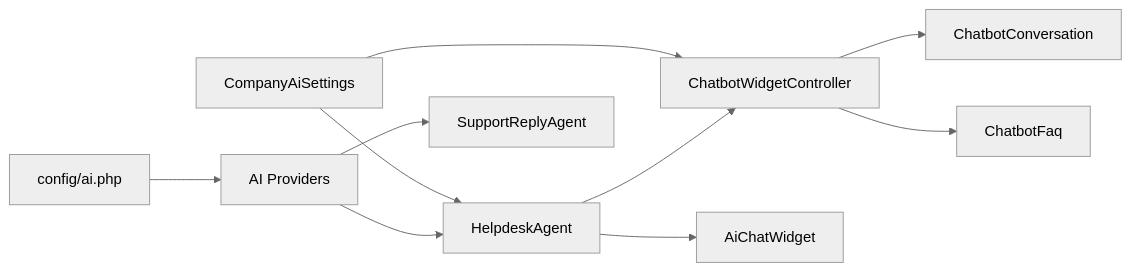
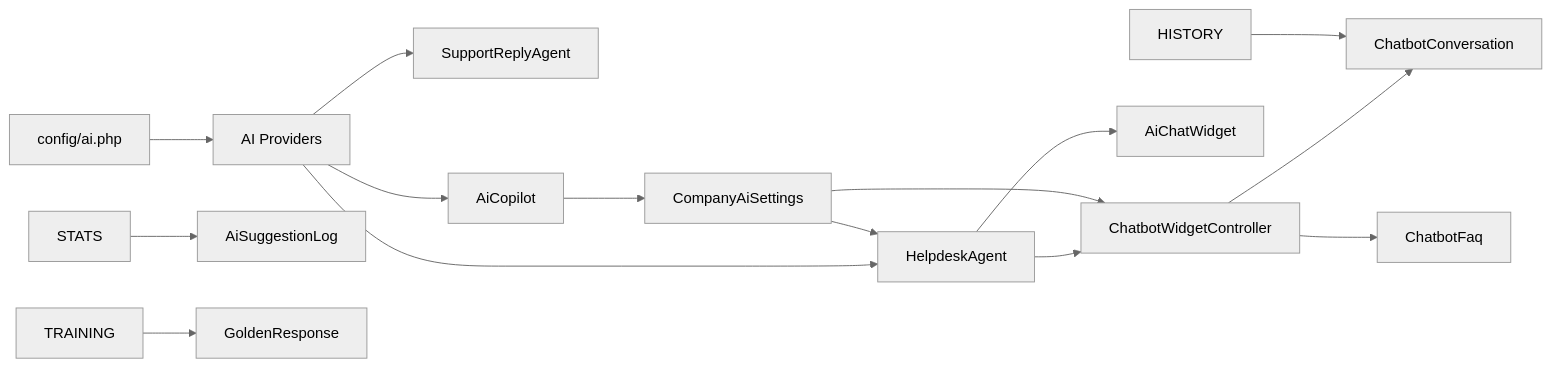
Before and after one commit to younesgamer68/helpdesk-system: diagram 11 of 12 in .qoder/repowiki/en/content/AI Integration/AI Integration.md, drawn with Mermaid (neutral theme). The commit also changed other lines of this file and 12 other files, not shown here.

````diff
--- a/.qoder/repowiki/en/content/AI Integration/AI Integration.md
+++ b/.qoder/repowiki/en/content/AI Integration/AI Integration.md
@@ -285,12 +485,17 @@
 ```mermaid
 graph LR
 CFG["config/ai.php"] --> PROVIDERS["AI Providers"]
 PROVIDERS --> HELP["HelpdeskAgent"]
 PROVIDERS --> SUPPORT["SupportReplyAgent"]
+PROVIDERS --> COPILOT["AiCopilot"]
+COPILOT --> SETTINGS["CompanyAiSettings"]
 HELP --> CONTROLLER["ChatbotWidgetController"]
 HELP --> WIDGET["AiChatWidget"]
 CONTROLLER --> CONVERSATIONS["ChatbotConversation"]
 CONTROLLER --> FAQ["ChatbotFaq"]
-SETTINGS["CompanyAiSettings"] --> HELP
+SETTINGS --> HELP
 SETTINGS --> CONTROLLER
+STATS --> LOGS["AiSuggestionLog"]
+HISTORY --> CONVERSATIONS
+TRAINING --> GOLDEN["GoldenResponse"]
 ```
````
